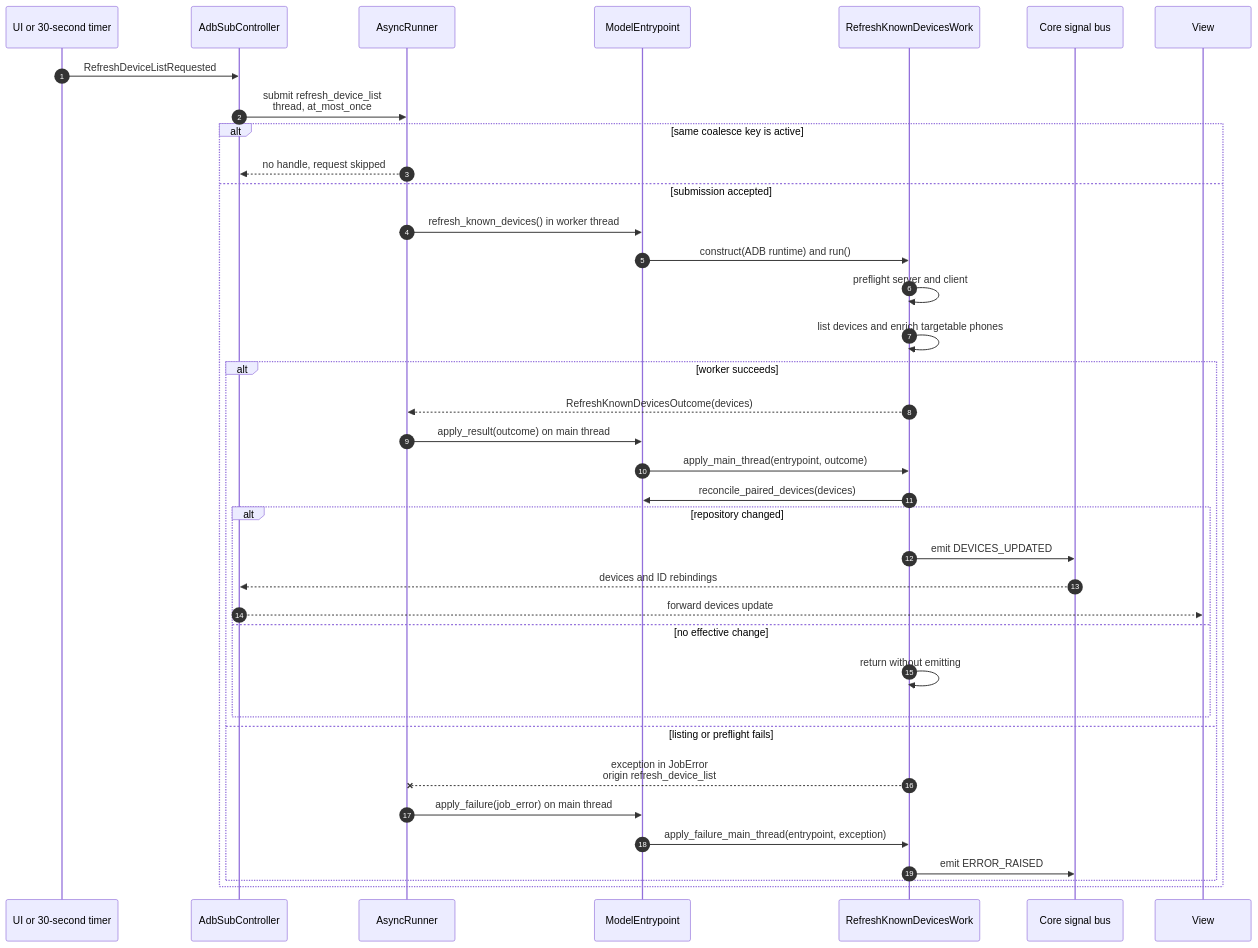
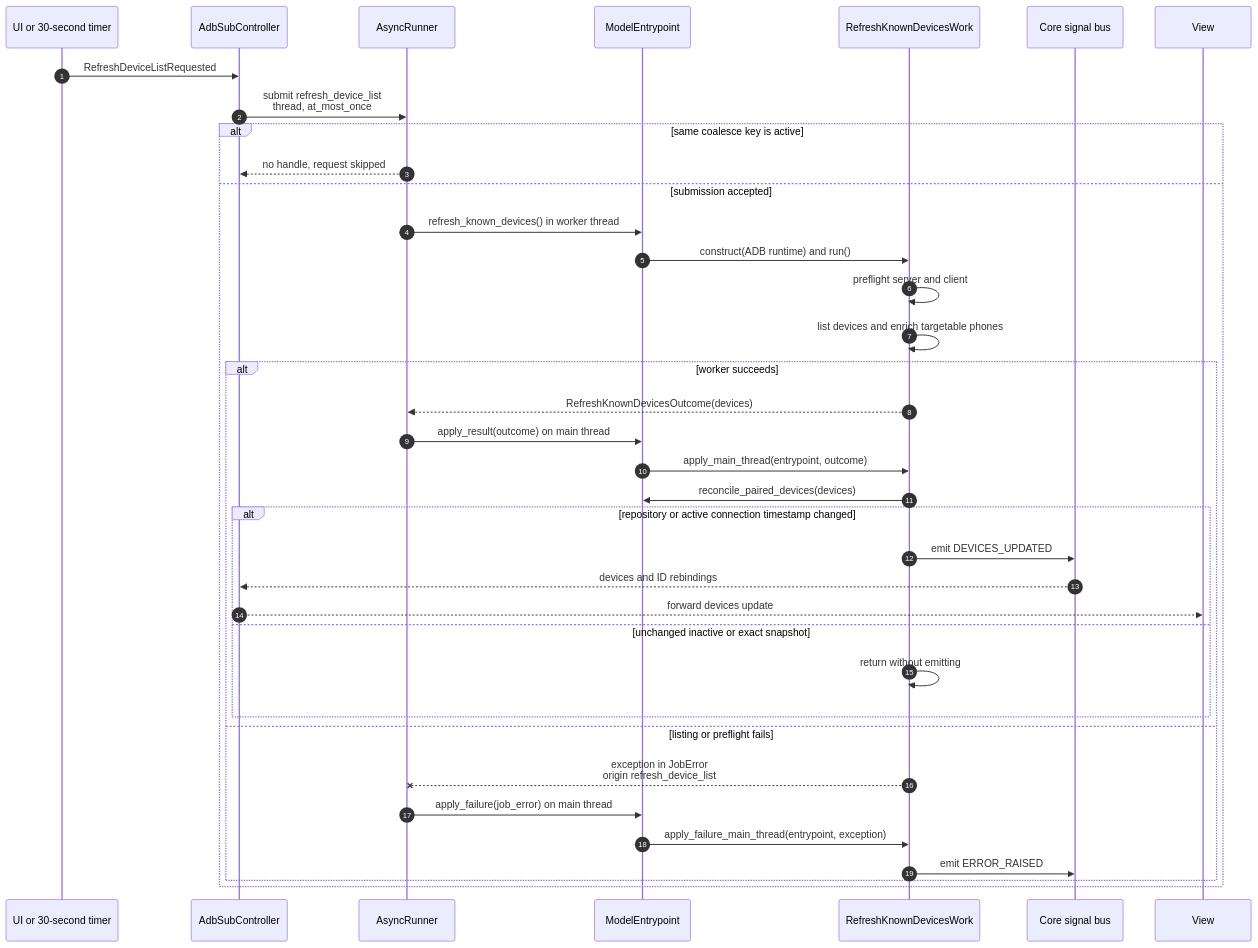
The diagram in src/core/work/refresh_known_devices_work.md (LeoooJR/AROW), drawn with Mermaid before and after one commit. The commit also changed 15 other files, not shown here.

Commit message:
Track active phone connection timestamps

````diff
--- a/src/core/work/refresh_known_devices_work.md
+++ b/src/core/work/refresh_known_devices_work.md
@@ -10,40 +10,40 @@
 ```mermaid
 sequenceDiagram
     autonumber
     participant Source as UI or 30-second timer
     participant Controller as AdbSubController
     participant Runner as AsyncRunner
     participant Entrypoint as ModelEntrypoint
     participant Work as RefreshKnownDevicesWork
     participant Bus as Core signal bus
     participant View
 
     Source->>Controller: RefreshDeviceListRequested
     Controller->>Runner: submit refresh_device_list<br/>thread, at_most_once
     alt same coalesce key is active
         Runner-->>Controller: no handle, request skipped
     else submission accepted
         Runner->>Entrypoint: refresh_known_devices() in worker thread
         Entrypoint->>Work: construct(ADB runtime) and run()
         Work->>Work: preflight server and client
         Work->>Work: list devices and enrich targetable phones
         alt worker succeeds
             Work-->>Runner: RefreshKnownDevicesOutcome(devices)
             Runner->>Entrypoint: apply_result(outcome) on main thread
             Entrypoint->>Work: apply_main_thread(entrypoint, outcome)
             Work->>Entrypoint: reconcile_paired_devices(devices)
-            alt repository changed
+            alt repository or active connection timestamp changed
                 Work->>Bus: emit DEVICES_UPDATED
                 Bus-->>Controller: devices and ID rebindings
                 Controller-->>View: forward devices update
-            else no effective change
+            else unchanged inactive or exact snapshot
                 Work->>Work: return without emitting
             end
         else listing or preflight fails
             Work--xRunner: exception in JobError<br/>origin refresh_device_list
             Runner->>Entrypoint: apply_failure(job_error) on main thread
             Entrypoint->>Work: apply_failure_main_thread(entrypoint, exception)
             Work->>Bus: emit ERROR_RAISED
         end
     end
 ```
````
